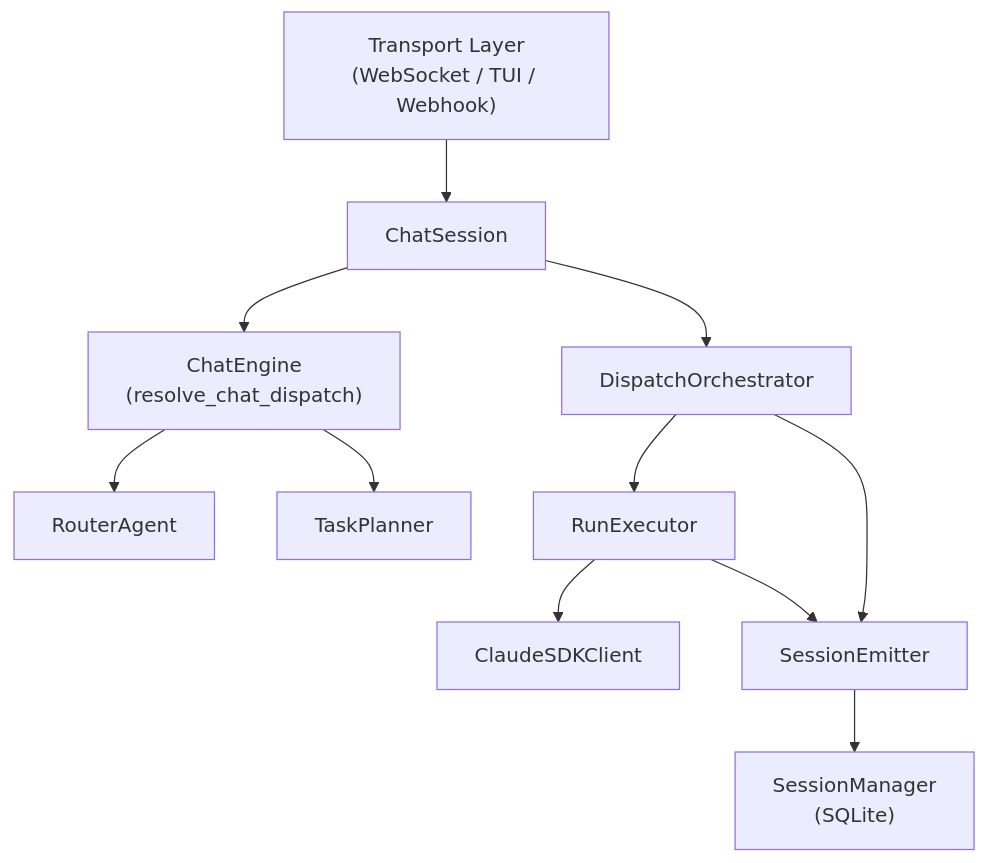
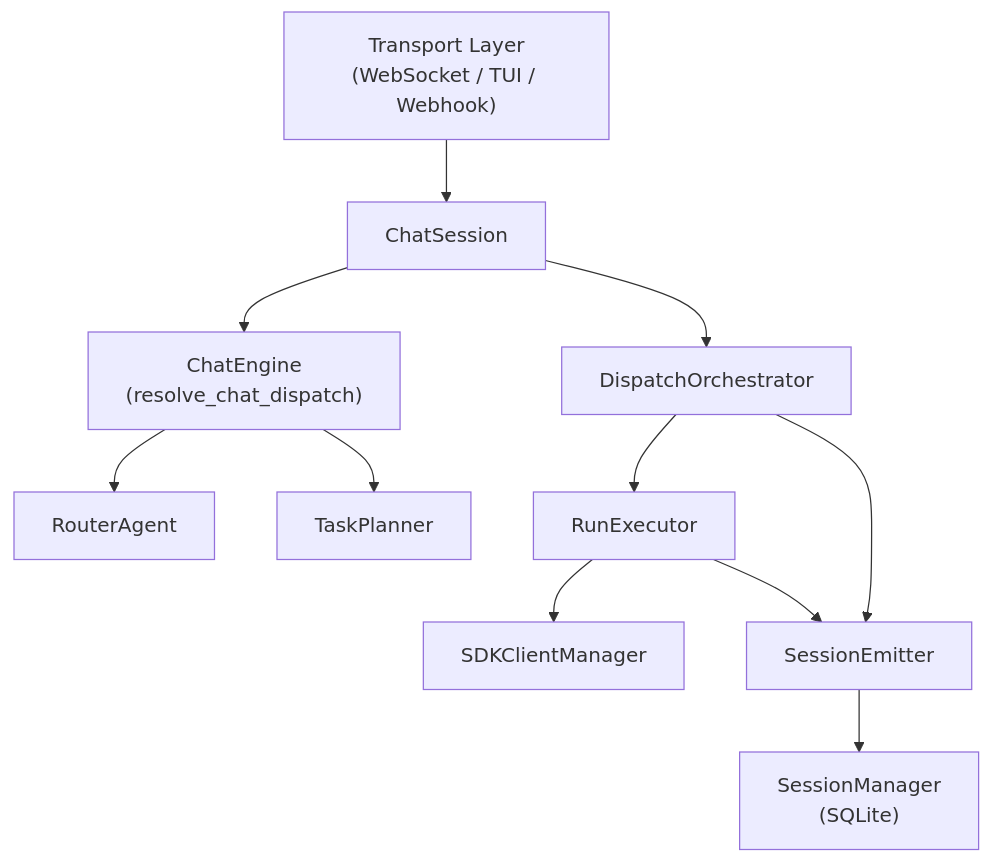
One commit to patanet7/corvus changed the diagram in docs/ground-truth/gateway/overview.md. Above: the diagram before and after it, drawn with Mermaid. The commit also changed other lines of this file and 6 other files, not shown here.

First line of the commit message:
docs: update ground truths for SDK manager, OAuth tokens, structlog migration

````diff
--- a/docs/ground-truth/gateway/overview.md
+++ b/docs/ground-truth/gateway/overview.md
@@ -28,24 +30,24 @@
 ```mermaid
 graph TD
     Transport["Transport Layer<br/>(WebSocket / TUI / Webhook)"]
     CS["ChatSession"]
     CE["ChatEngine<br/>(resolve_chat_dispatch)"]
     DO["DispatchOrchestrator"]
     RE["RunExecutor"]
     SE["SessionEmitter"]
     TP["TaskPlanner"]
     RA["RouterAgent"]
-    SDK["ClaudeSDKClient"]
+    SDK["SDKClientManager"]
     SM["SessionManager<br/>(SQLite)"]
 
     Transport --> CS
     CS --> CE
     CE --> RA
     CE --> TP
     CS --> DO
     DO --> RE
     RE --> SDK
     RE --> SE
     SE --> SM
     DO --> SE
 ```
````
